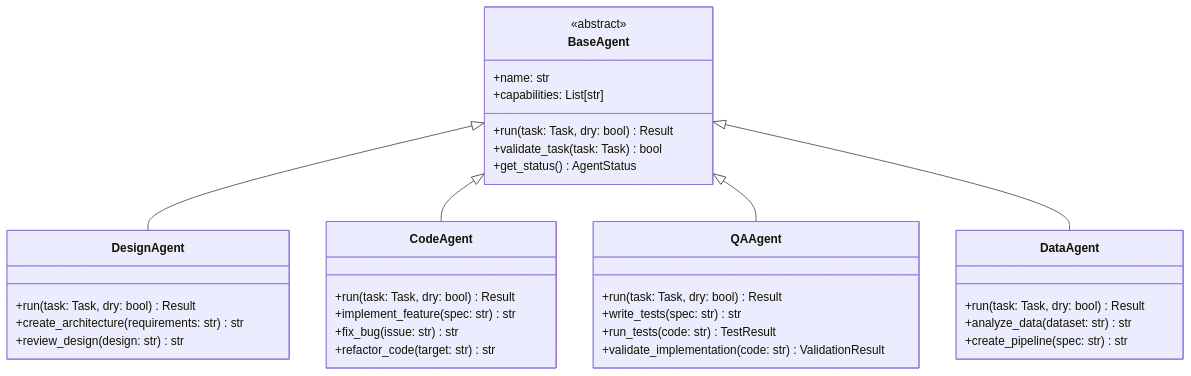
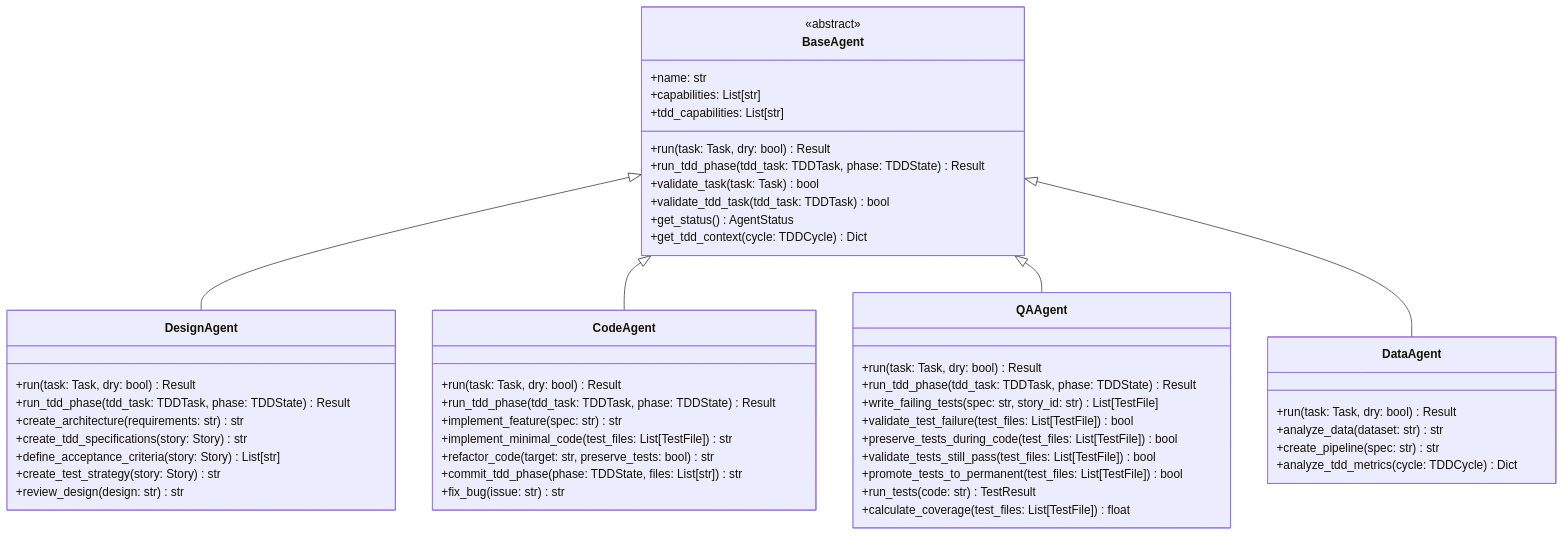
The fourth of 7 diagrams in docs_src/advanced/code.md (jmontp/agent-workflow), drawn with Mermaid before and after one commit. The commit also changed other lines of this file and 9 other files, not shown here.

First line of the commit message:
Update advanced documentation for dual state machine architecture with TDD integration

````diff
--- a/docs_src/advanced/code.md
+++ b/docs_src/advanced/code.md
@@ -39,42 +159,59 @@
 ```mermaid
 classDiagram
     class BaseAgent {
         <<abstract>>
         +name: str
         +capabilities: List[str]
+        +tdd_capabilities: List[str]
         +run(task: Task, dry: bool) Result
+        +run_tdd_phase(tdd_task: TDDTask, phase: TDDState) Result
         +validate_task(task: Task) bool
+        +validate_tdd_task(tdd_task: TDDTask) bool
         +get_status() AgentStatus
+        +get_tdd_context(cycle: TDDCycle) Dict
     }
     
     class DesignAgent {
         +run(task: Task, dry: bool) Result
+        +run_tdd_phase(tdd_task: TDDTask, phase: TDDState) Result
         +create_architecture(requirements: str) str
+        +create_tdd_specifications(story: Story) str
+        +define_acceptance_criteria(story: Story) List[str]
+        +create_test_strategy(story: Story) str
         +review_design(design: str) str
     }
     
     class CodeAgent {
         +run(task: Task, dry: bool) Result
+        +run_tdd_phase(tdd_task: TDDTask, phase: TDDState) Result
         +implement_feature(spec: str) str
+        +implement_minimal_code(test_files: List[TestFile]) str
+        +refactor_code(target: str, preserve_tests: bool) str
+        +commit_tdd_phase(phase: TDDState, files: List[str]) str
         +fix_bug(issue: str) str
-        +refactor_code(target: str) str
     }
     
     class QAAgent {
         +run(task: Task, dry: bool) Result
-        +write_tests(spec: str) str
+        +run_tdd_phase(tdd_task: TDDTask, phase: TDDState) Result
+        +write_failing_tests(spec: str, story_id: str) List[TestFile]
+        +validate_test_failure(test_files: List[TestFile]) bool
+        +preserve_tests_during_code(test_files: List[TestFile]) bool
+        +validate_tests_still_pass(test_files: List[TestFile]) bool
+        +promote_tests_to_permanent(test_files: List[TestFile]) bool
         +run_tests(code: str) TestResult
-        +validate_implementation(code: str) ValidationResult
+        +calculate_coverage(test_files: List[TestFile]) float
     }
     
     class DataAgent {
         +run(task: Task, dry: bool) Result
         +analyze_data(dataset: str) str
         +create_pipeline(spec: str) str
+        +analyze_tdd_metrics(cycle: TDDCycle) Dict
     }
     
     BaseAgent <|-- DesignAgent
     BaseAgent <|-- CodeAgent
     BaseAgent <|-- QAAgent
     BaseAgent <|-- DataAgent
 ```
````
